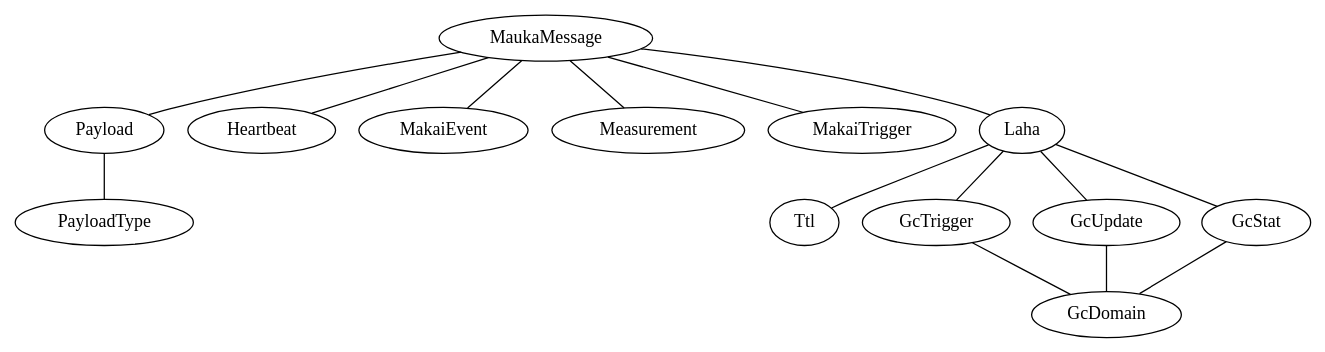
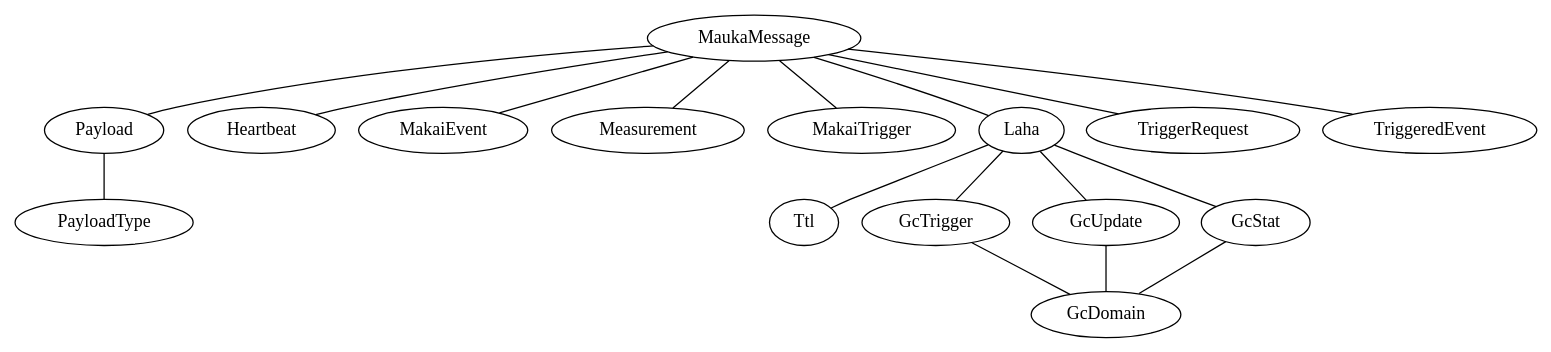
The diagram in figures/mauka_messages.dot (anthonyjchriste/dissertation), drawn with Graphviz before and after one commit. The commit also changed 3 other files, not shown here.

```diff
--- a/figures/mauka_messages.dot
+++ b/figures/mauka_messages.dot
@@ -1,19 +1,21 @@
 graph MaukaMessages {
   MaukaMessage -- Payload
   MaukaMessage -- Heartbeat
   MaukaMessage -- MakaiEvent
   MaukaMessage -- Measurement
   MaukaMessage -- MakaiTrigger
   MaukaMessage -- Laha
+  MaukaMessage -- TriggerRequest
+  MaukaMessage -- TriggeredEvent
 
   Payload -- PayloadType
 
   Laha -- Ttl
   Laha -- GcTrigger
   Laha -- GcUpdate
   Laha -- GcStat
 
   GcTrigger -- GcDomain
   GcUpdate -- GcDomain
   GcStat -- GcDomain
 }
```
